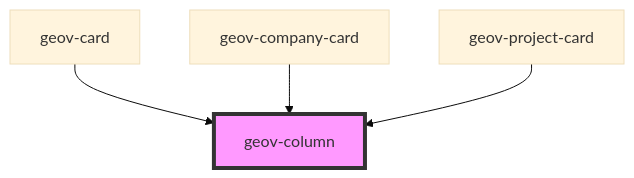
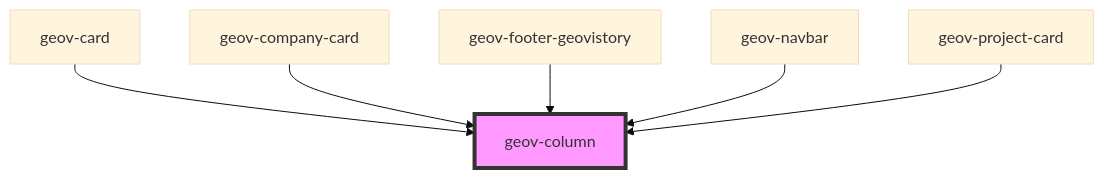
Before and after one commit to geovistory/design-system: the diagram in packages/design-system-web/src/components/grid/geov-column/readme.md, drawn with Mermaid (base theme). The commit also changed other lines of this file and 67 other files, not shown here.

````diff
--- a/packages/design-system-web/src/components/grid/geov-column/readme.md
+++ b/packages/design-system-web/src/components/grid/geov-column/readme.md
@@ -24,7 +36,9 @@
 ```mermaid
 graph TD;
   geov-card --> geov-column
   geov-company-card --> geov-column
+  geov-footer-geovistory --> geov-column
+  geov-navbar --> geov-column
   geov-project-card --> geov-column
   style geov-column fill:#f9f,stroke:#333,stroke-width:4px
 ```
````
